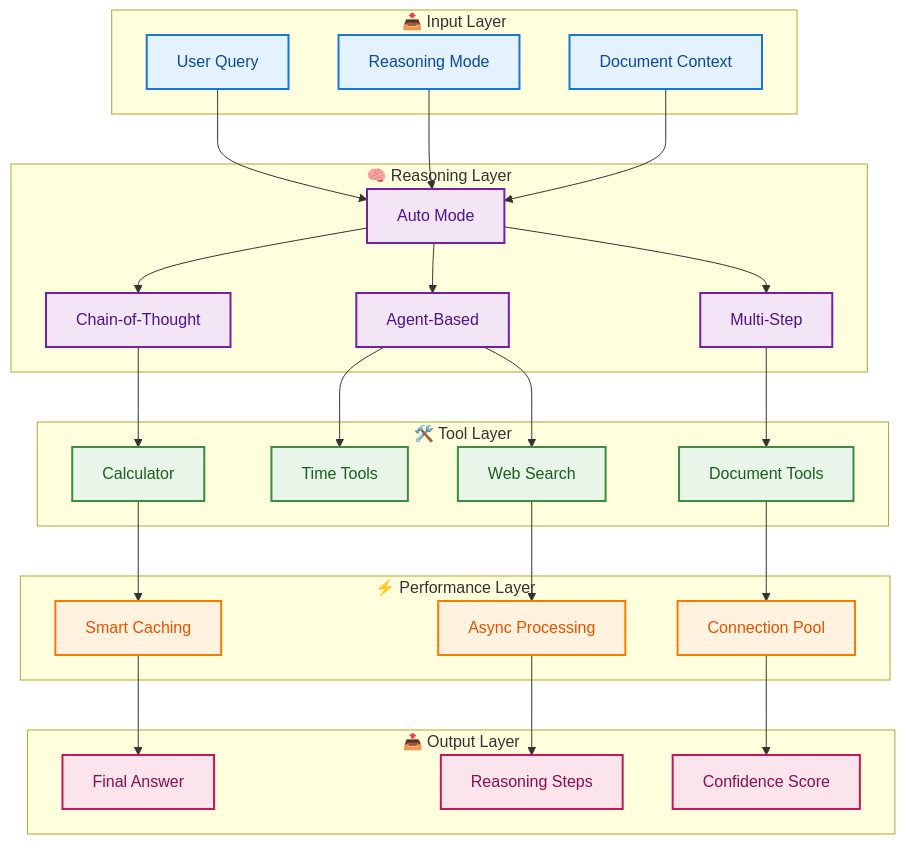
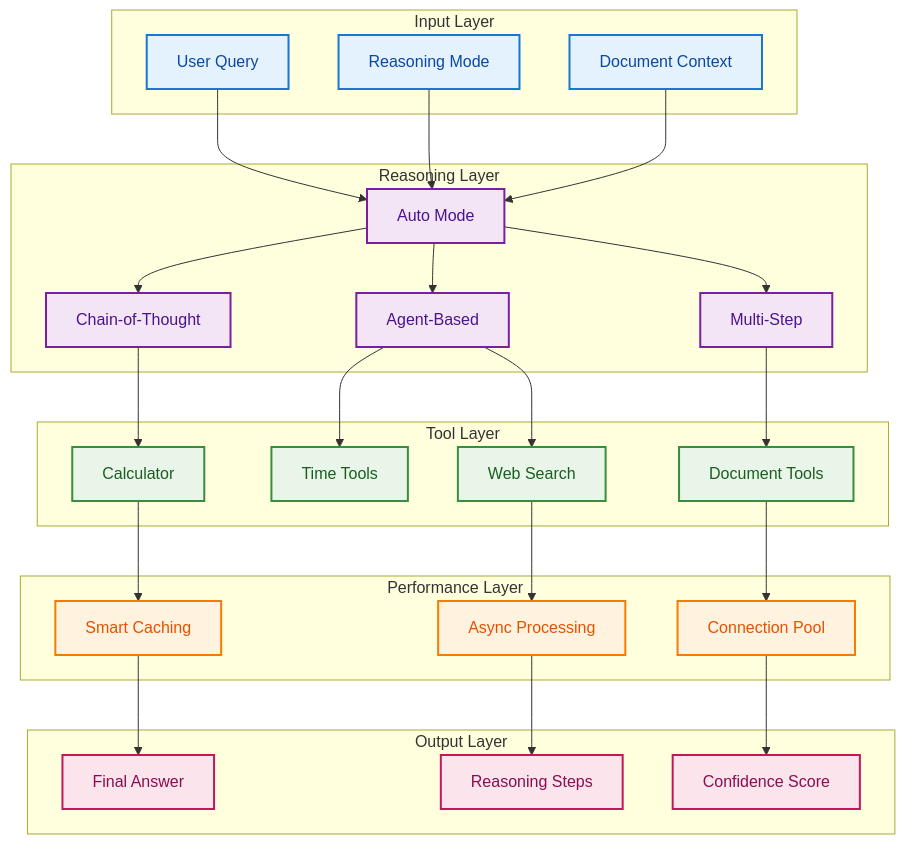
Before and after one commit to khaosans/basic-chat: the first of 6 diagrams in docs/REASONING_FEATURES.md, drawn with Mermaid.

Commit message:
docs: update first reasoning engine diagram for clearer vertical layering and flow

````diff
--- a/docs/REASONING_FEATURES.md
+++ b/docs/REASONING_FEATURES.md
@@ -21,72 +19,63 @@
 ```mermaid
-graph TB
-    subgraph "📥 Input Layer"
+graph TD
+    %% Layer labels
+    subgraph Input Layer
         QUERY[User Query]
         MODE[Reasoning Mode]
         CONTEXT[Document Context]
     end
-    
-    subgraph "🧠 Reasoning Layer"
+    subgraph Reasoning Layer
+        AUTO[Auto Mode]
         COT[Chain-of-Thought]
         MULTI[Multi-Step]
         AGENT[Agent-Based]
-        AUTO[Auto Mode]
     end
-    
-    subgraph "🛠️ Tool Layer"
+    subgraph Tool Layer
         CALC[Calculator]
         TIME[Time Tools]
         SEARCH[Web Search]
         DOCS[Document Tools]
     end
-    
-    subgraph "⚡ Performance Layer"
+    subgraph Performance Layer
         CACHE[Smart Caching]
         ASYNC[Async Processing]
         POOL[Connection Pool]
     end
-    
-    subgraph "📤 Output Layer"
+    subgraph Output Layer
         RESULT[Final Answer]
         STEPS[Reasoning Steps]
         CONFIDENCE[Confidence Score]
     end
-    
-    %% Clear flow from input to reasoning
+
+    %% Flow arrows (vertical, clear progression)
     QUERY --> AUTO
     MODE --> AUTO
     CONTEXT --> AUTO
-    
-    %% Reasoning modes flow
     AUTO --> COT
     AUTO --> MULTI
     AUTO --> AGENT
-    
-    %% Tools for each reasoning mode
     COT --> CALC
     MULTI --> DOCS
     AGENT --> SEARCH
     AGENT --> TIME
-    
-    %% Performance optimization
     CALC --> CACHE
     SEARCH --> ASYNC
     DOCS --> POOL
-    
-    %% Final output
+    %% Performance to output
     CACHE --> RESULT
     ASYNC --> STEPS
     POOL --> CONFIDENCE
-    
+
+    %% Styling for clarity
     classDef input fill:#E3F2FD,stroke:#1976D2,stroke-width:2px,color:#0D47A1
     classDef reasoning fill:#F3E5F5,stroke:#7B1FA2,stroke-width:2px,color:#4A148C
     classDef tools fill:#E8F5E8,stroke:#388E3C,stroke-width:2px,color:#1B5E20
     classDef performance fill:#FFF3E0,stroke:#F57C00,stroke-width:2px,color:#E65100
     classDef output fill:#FCE4EC,stroke:#C2185B,stroke-width:2px,color:#880E4F
-    
+
     class QUERY,MODE,CONTEXT input
-    class COT,MULTI,AGENT,AUTO reasoning
+    class AUTO,COT,MULTI,AGENT reasoning
     class CALC,TIME,SEARCH,DOCS tools
     class CACHE,ASYNC,POOL performance
     class RESULT,STEPS,CONFIDENCE output
 ```
````
